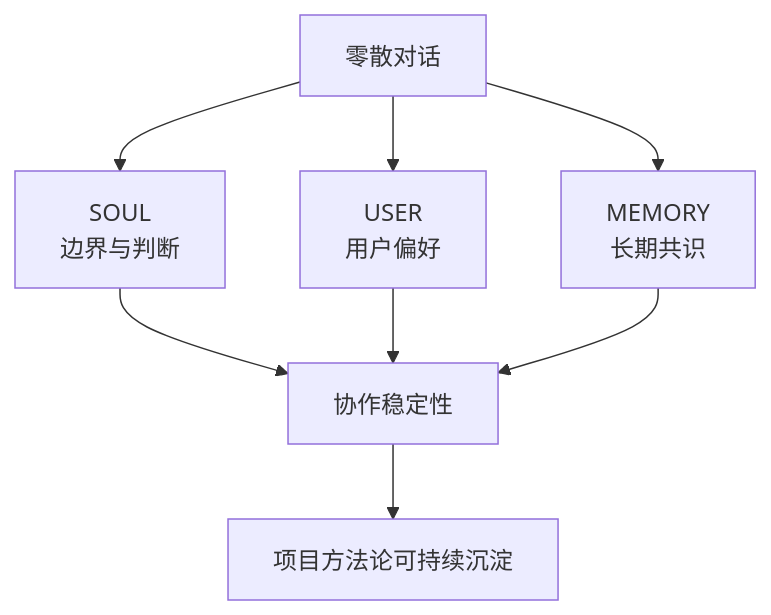
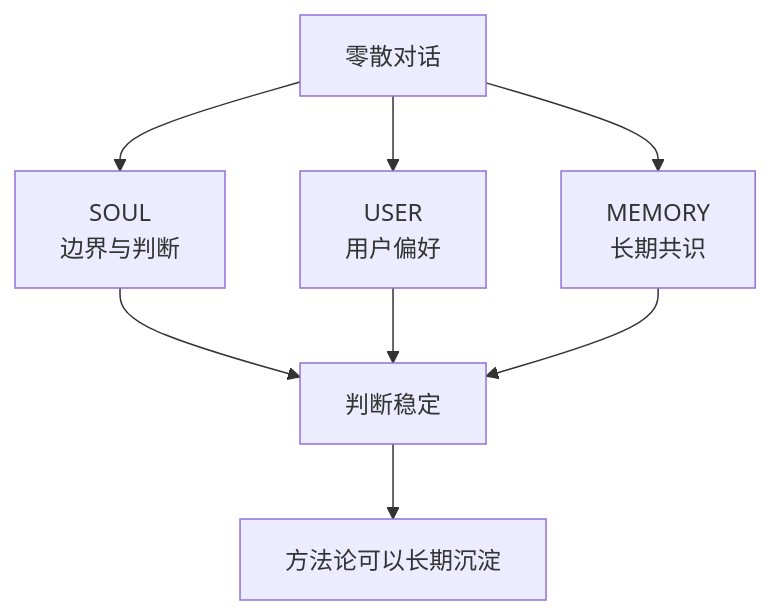
Before and after one commit to lichangke/sdd-orchestrator: the first of 7 diagrams in 博客/我把AI协作做成了一个可落地的SDD编排器：sdd-orchestrator技术复盘.md, drawn with Mermaid. The commit also changed other lines of this file, not shown here.

````diff
--- a/博客/我把AI协作做成了一个可落地的SDD编排器：sdd-orchestrator技术复盘.md
+++ b/博客/我把AI协作做成了一个可落地的SDD编排器：sdd-orchestrator技术复盘.md
@@ -112,10 +108,10 @@
 ```mermaid
 flowchart TD
     A[零散对话] --> B[SOUL\n边界与判断]
     A --> C[USER\n用户偏好]
     A --> D[MEMORY\n长期共识]
-    B --> E[协作稳定性]
+    B --> E[判断稳定]
     C --> E
     D --> E
-    E --> F[项目方法论可持续沉淀]
+    E --> F[方法论可以长期沉淀]
 ```
````
